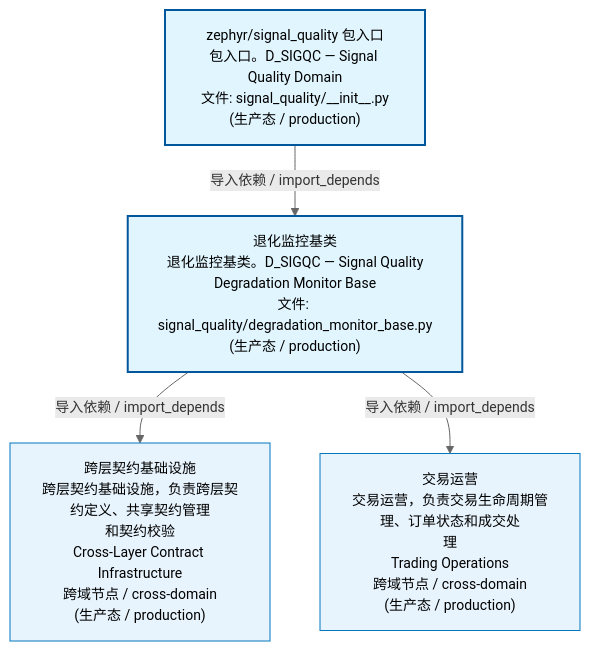
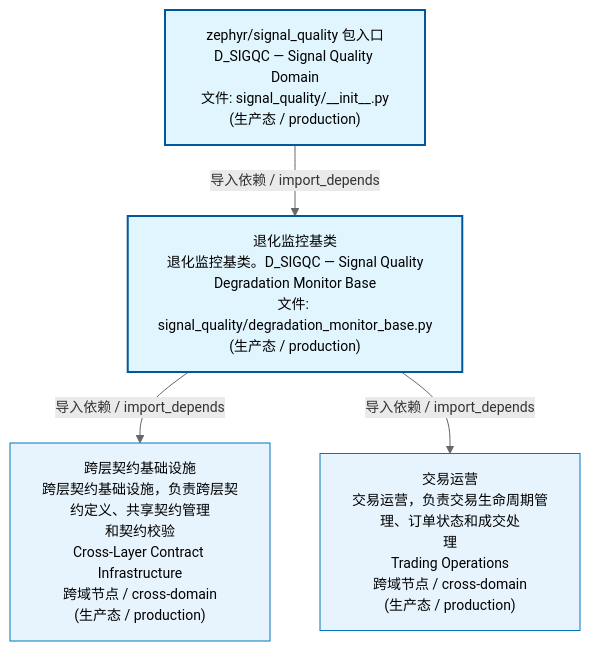
Before and after one commit to xuanFelixVan/ZephyrAlpha: the first of 3 diagrams in docs/02_enterprise_architecture/02_domain_architecture_docs/69_d_sigqc.md, drawn with Mermaid. The commit also changed other lines of this file and 58 other files, not shown here.

````diff
--- a/docs/02_enterprise_architecture/02_domain_architecture_docs/69_d_sigqc.md
+++ b/docs/02_enterprise_architecture/02_domain_architecture_docs/69_d_sigqc.md
@@ -53,17 +53,17 @@
 ```mermaid
 %%{init: {'theme': 'base', 'themeVariables': {'primaryColor': '#eaeaea', 'primaryTextColor': '#333333', 'primaryBorderColor': '#666666', 'lineColor': '#666666', 'secondaryColor': '#eaeaea', 'tertiaryColor': '#eaeaea', 'fontSize': '14px'}}}%%
 flowchart TD
-    src_zephyr_signal_quality_init_py["zephyr/signal_quality 包入口<br/>包入口。D_SIGQC — Signal Quality Domain<br/>文件: signal_quality/__init__.py<br/>(生产态 / production)"]
+    src_zephyr_signal_quality_init_py["zephyr/signal_quality 包入口<br/>D_SIGQC — Signal Quality Domain<br/>文件: signal_quality/__init__.py<br/>(生产态 / production)"]
     src_zephyr_signal_quality_degradation_monitor_base_py["退化监控基类<br/>退化监控基类。D_SIGQC — Signal Quality<br/>Degradation Monitor Base<br/>文件: signal_quality/degradation_monitor_base.py<br/>(生产态 / production)"]
     src_zephyr_signal_quality_init_py -->|导入依赖 / import_depends| src_zephyr_signal_quality_degradation_monitor_base_py
     D_INFRASTRUCTURE["跨层契约基础设施<br/>跨层契约基础设施，负责跨层契约定义、共享契约管理<br/>和契约校验<br/>Cross-Layer Contract Infrastructure<br/>跨域节点 / cross-domain<br/>(生产态 / production)"]
     src_zephyr_signal_quality_degradation_monitor_base_py -->|导入依赖 / import_depends| D_INFRASTRUCTURE
     D_TRADING["交易运营<br/>交易运营，负责交易生命周期管理、订单状态和成交处<br/>理<br/>Trading Operations<br/>跨域节点 / cross-domain<br/>(生产态 / production)"]
     src_zephyr_signal_quality_degradation_monitor_base_py -->|导入依赖 / import_depends| D_TRADING
     classDef production fill:#e1f5fe,stroke:#01579b,stroke-width:2px,color:#000
     classDef design fill:#fff3e0,stroke:#e65100,stroke-width:2px,color:#000,stroke-dasharray: 5 5
     classDef external_prod fill:#e8f4fd,stroke:#0277bd,stroke-width:1px,color:#000
     classDef external_design fill:#fff8e7,stroke:#ef6c00,stroke-width:1px,color:#000,stroke-dasharray: 5 5
     class src_zephyr_signal_quality_init_py,src_zephyr_signal_quality_degradation_monitor_base_py production
     class D_INFRASTRUCTURE,D_TRADING external_prod
 ```
````
